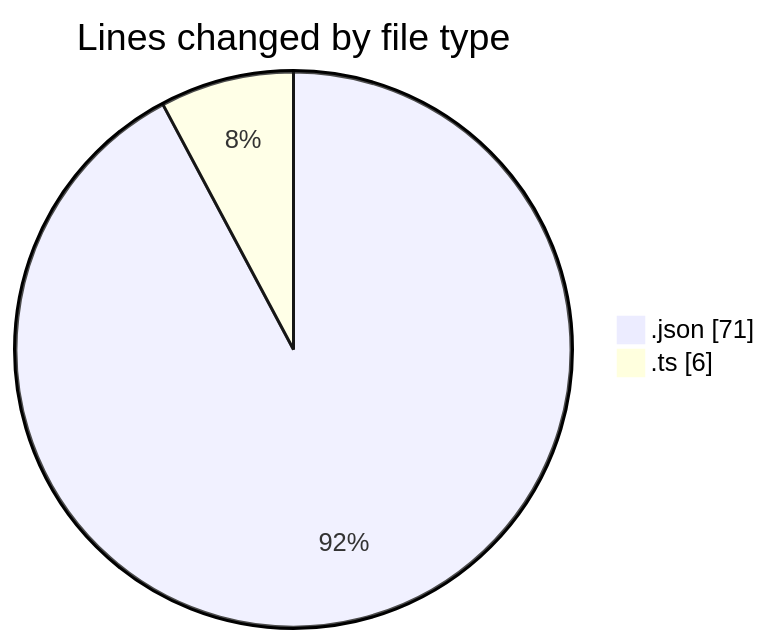
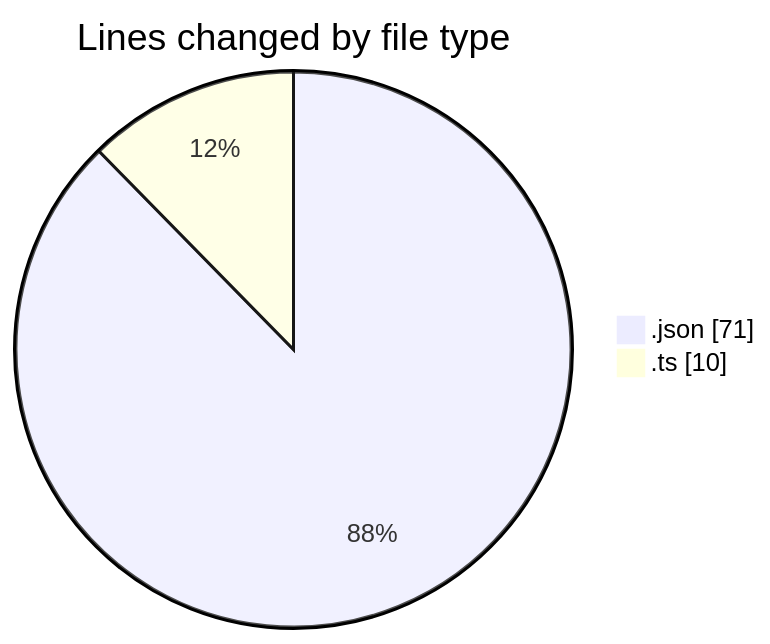
The first of 2 diagrams in 2025-02-06/cda/README.md (momahboobian/code-tracking), drawn with Mermaid before and after one commit. The commit also changed other lines of this file and 1 other file, not shown here.

````diff
--- a/2025-02-06/cda/README.md
+++ b/2025-02-06/cda/README.md
@@ -21,6 +21,6 @@
 ```mermaid
 pie showData
 title Lines changed by file type
 ".json" : 71
-".ts" : 6
+".ts" : 10
 ```
````
